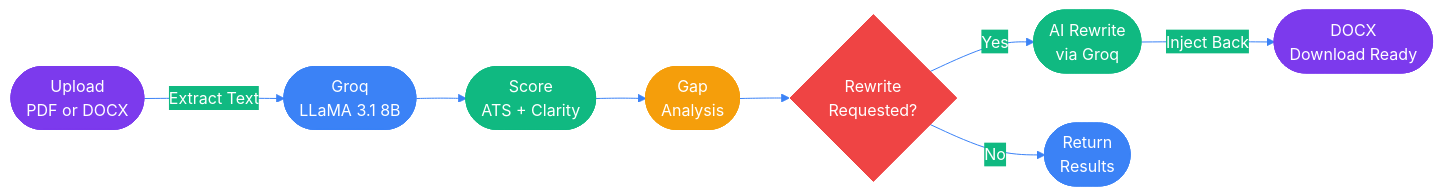
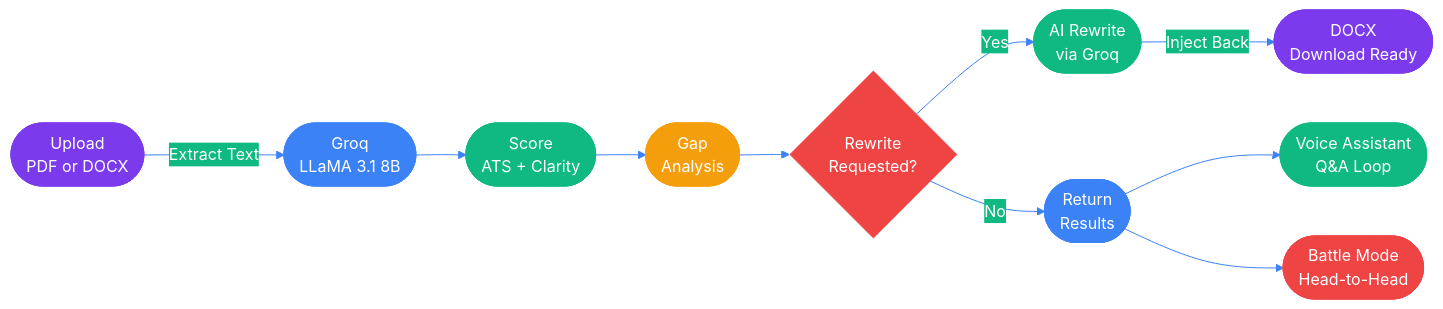
Before and after one commit to mananjani2102/Nexus-AI-charusat-hackathon: the diagram in README.md, drawn with Mermaid. The commit also changed other lines of this file, not shown here.

First line of the commit message:
Enhance README with Voice Assistant and Battle Mode details

````diff
--- a/README.md
+++ b/README.md
@@ -399,20 +456,24 @@
 ```mermaid
 %%{init: {'theme':'base','themeVariables':{'primaryColor':'#7C3AED','primaryTextColor':'#ffffff','primaryBorderColor':'#7C3AED','lineColor':'#3B82F6','secondaryColor':'#10B981','tertiaryColor':'#F59E0B','background':'#0d0d0d'}}}%%
 flowchart LR
     A([Upload\nPDF or DOCX]) -->|Extract Text| B([Groq\nLLaMA 3.1 8B])
     B --> C([Score\nATS + Clarity])
     C --> D([Gap\nAnalysis])
     D --> E{Rewrite\nRequested?}
     E -->|Yes| G([AI Rewrite\nvia Groq])
     E -->|No| Z([Return\nResults])
     G -->|Inject Back| I([DOCX\nDownload Ready])
+    Z --> VA([Voice Assistant\nQ&A Loop])
+    Z --> BM([Battle Mode\nHead-to-Head])
 
     style A fill:#7C3AED,stroke:#7C3AED,color:#fff
     style B fill:#3B82F6,stroke:#3B82F6,color:#fff
     style C fill:#10B981,stroke:#10B981,color:#fff
     style D fill:#F59E0B,stroke:#F59E0B,color:#fff
     style E fill:#EF4444,stroke:#EF4444,color:#fff
     style G fill:#10B981,stroke:#10B981,color:#fff
     style I fill:#7C3AED,stroke:#7C3AED,color:#fff
     style Z fill:#3B82F6,stroke:#3B82F6,color:#fff
+    style VA fill:#10B981,stroke:#10B981,color:#fff
+    style BM fill:#EF4444,stroke:#EF4444,color:#fff
 ```
````
